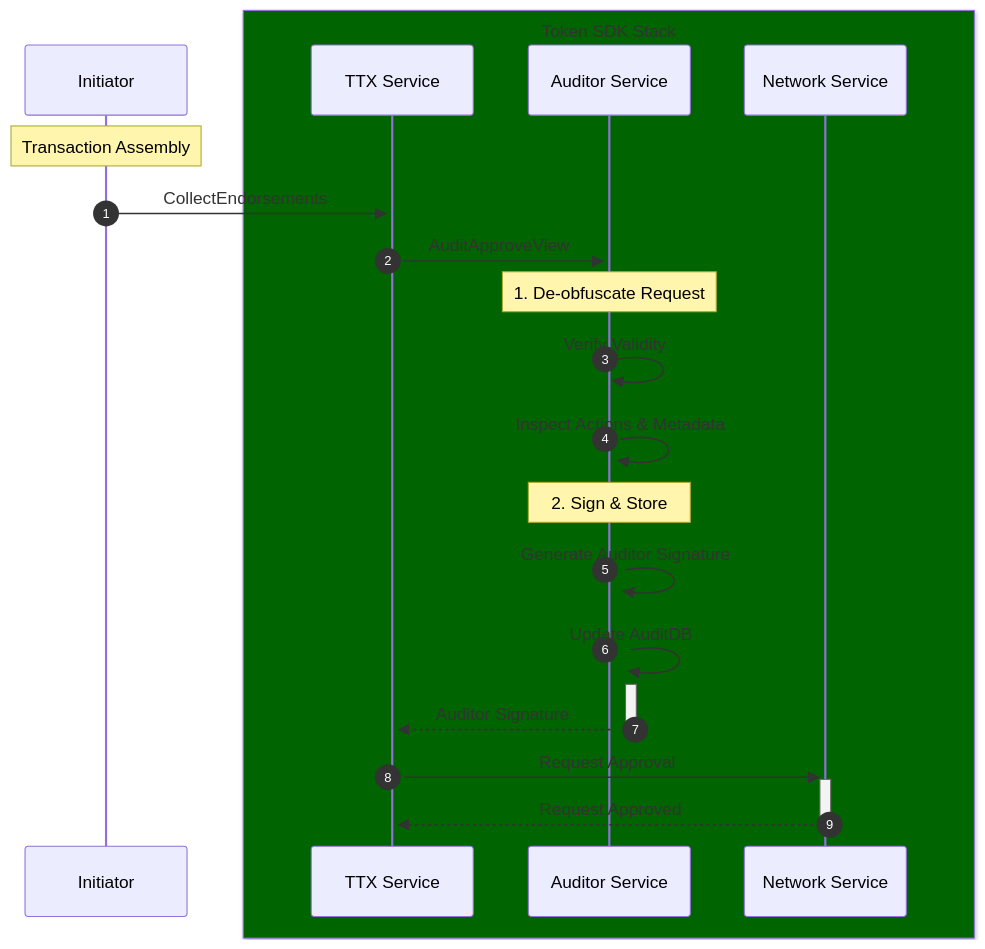
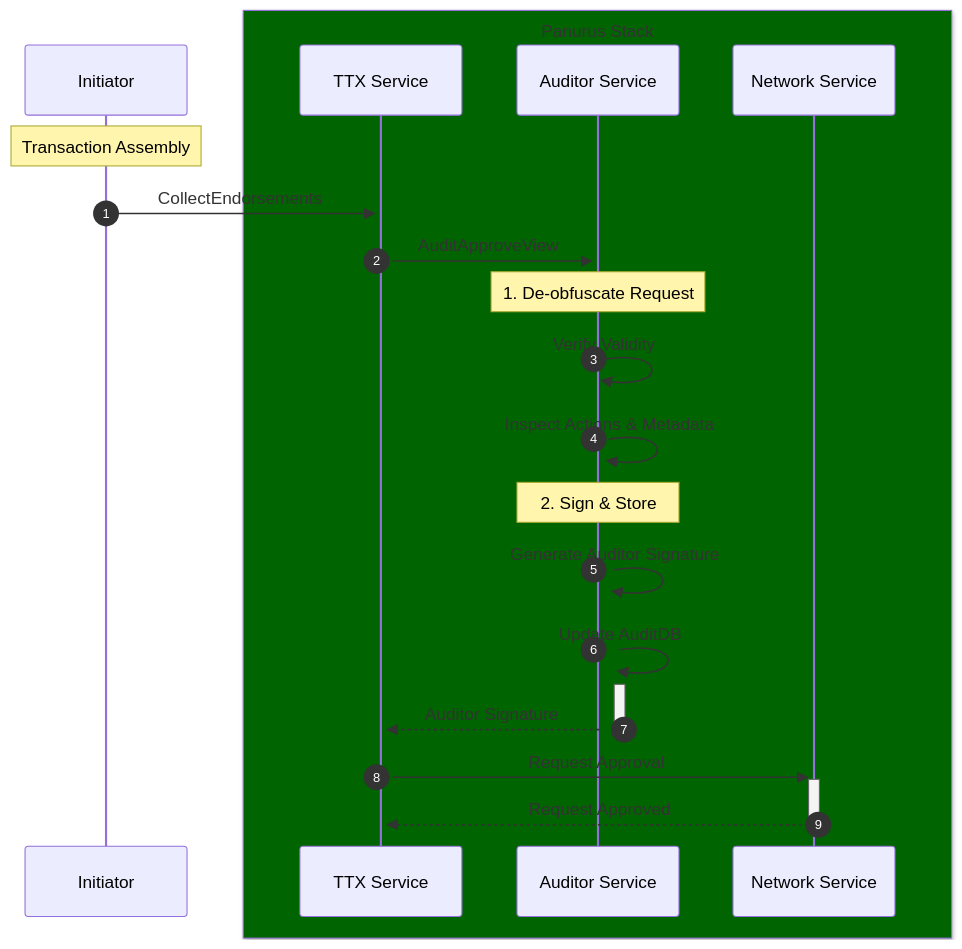
One commit to hyperledger-labs/fabric-token-sdk changed the diagram in docs/services/auditor.md. Above: the diagram before and after it, drawn with Mermaid. The commit also changed 1264 other files, not shown here.

Commit message:
rename fabric token sdk to panurus

````diff
--- a/docs/services/auditor.md
+++ b/docs/services/auditor.md
@@ -18,30 +18,30 @@
 ```mermaid
 sequenceDiagram
     autonumber
     participant Initiator
     participant TTX as TTX Service
     participant Auditor as Auditor Service
     participant Network as Network Service
 
-    box darkgreen Token SDK Stack
+    box darkgreen Panurus Stack
         participant TTX
         participant Auditor
         participant Network
     end
 
     Note over Initiator: Transaction Assembly
     Initiator->>+TTX: CollectEndorsements
     TTX->>+Auditor: AuditApproveView
 
     Note over Auditor: 1. De-obfuscate Request
     Auditor->>+Auditor: Verify Validity
     Auditor->>+Auditor: Inspect Actions & Metadata
 
     Note over Auditor: 2. Sign & Store
     Auditor->>+Auditor: Generate Auditor Signature
     Auditor->>+Auditor: Update AuditDB
 
     Auditor-->>-TTX: Auditor Signature
     TTX->>+Network: Request Approval
     Network-->>-TTX: Request Approved
 ```
````
